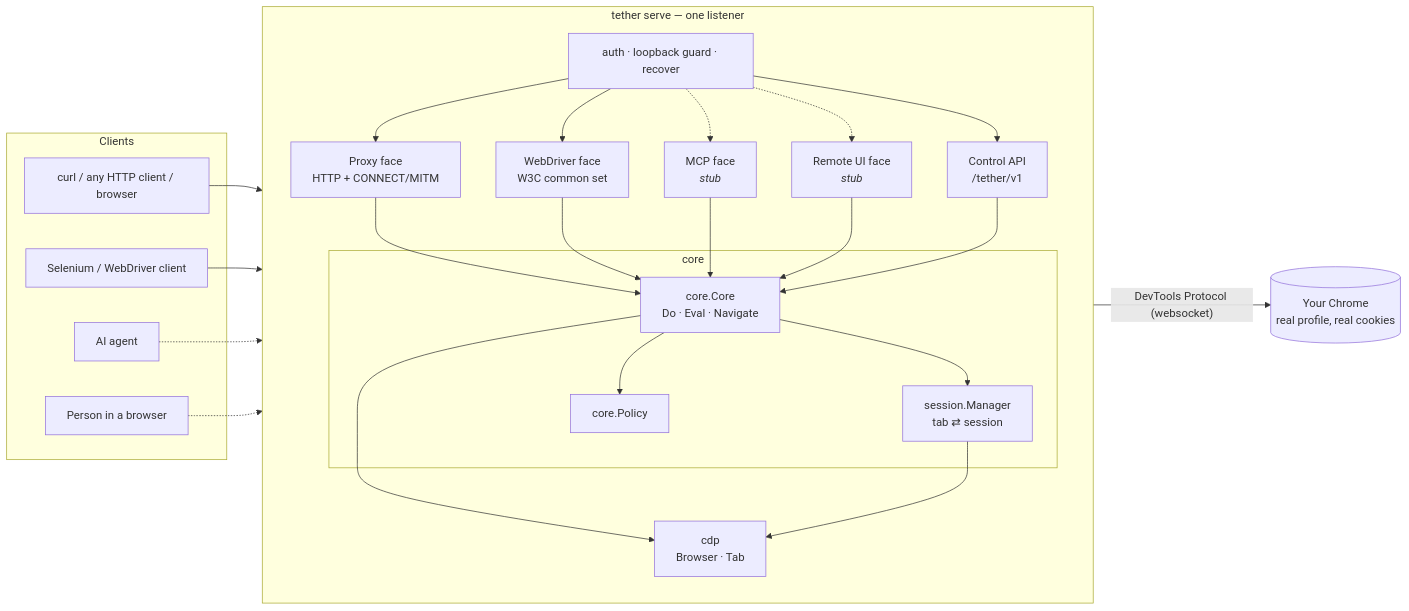
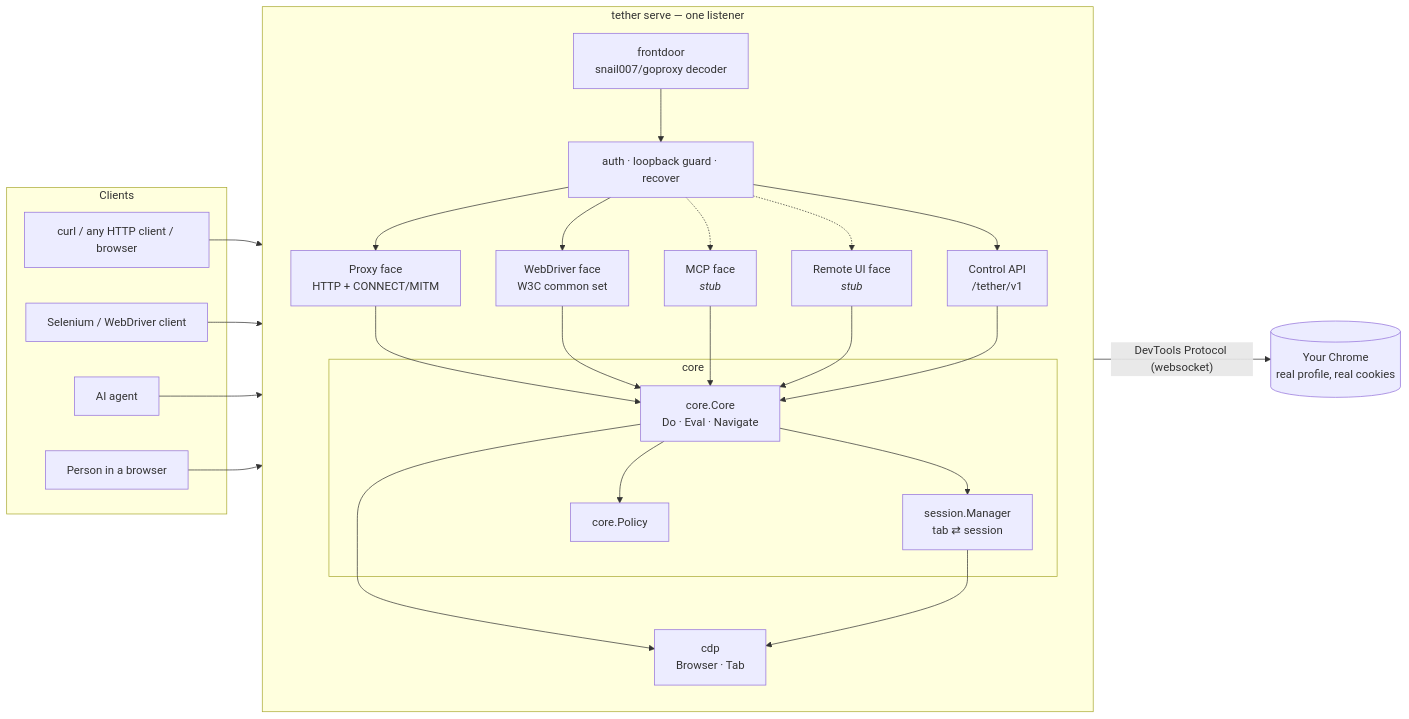
The first of 2 diagrams in docs/ARCHITECTURE.md (adeelahmad/Tether), drawn with Mermaid before and after one commit. The commit also changed other lines of this file and 10 other files, not shown here.

First line of the commit message:
feat: accept connections through a snail007/goproxy front door; relicense to GPL-3.0

````diff
--- a/docs/ARCHITECTURE.md
+++ b/docs/ARCHITECTURE.md
@@ -9,39 +9,41 @@
 ```mermaid
 flowchart LR
   subgraph clients[Clients]
     C1[curl / any HTTP client / browser]
     C2[Selenium / WebDriver client]
     C3[AI agent]
     C4[Person in a browser]
   end
 
   subgraph tether[tether serve — one listener]
     direction TB
+    F[frontdoor<br/>snail007/goproxy decoder]
     G[auth · loopback guard · recover]
     P[Proxy face<br/>HTTP + CONNECT/MITM]
     W[WebDriver face<br/>W3C common set]
     M[MCP face<br/><i>stub</i>]
     R[Remote UI face<br/><i>stub</i>]
     A[Control API<br/>/tether/v1]
     subgraph core[core]
       S[session.Manager<br/>tab ⇄ session]
       E[core.Core<br/>Do · Eval · Navigate]
       PO[core.Policy]
     end
     X[cdp<br/>Browser · Tab]
   end
 
   Chrome[(Your Chrome<br/>real profile, real cookies)]
 
-  C1 --> G --> P
-  C2 --> G --> W
-  C3 -.-> G -.-> M
-  C4 -.-> G -.-> R
+  C1 & C2 & C3 & C4 --> F --> G
+  G --> P
+  G --> W
+  G -.-> M
+  G -.-> R
   G --> A
   P & W & M & R & A --> E
   E --> S
   E --> PO
   E --> X
   S --> X
   X -- DevTools Protocol (websocket) --> Chrome
 ```
````
